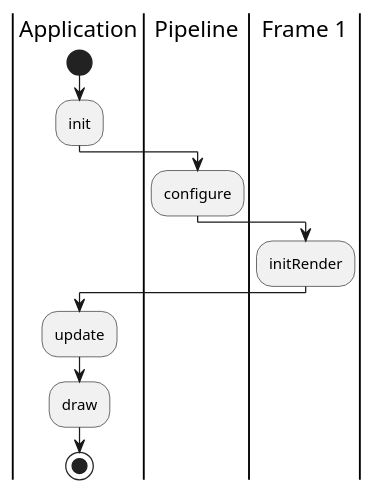
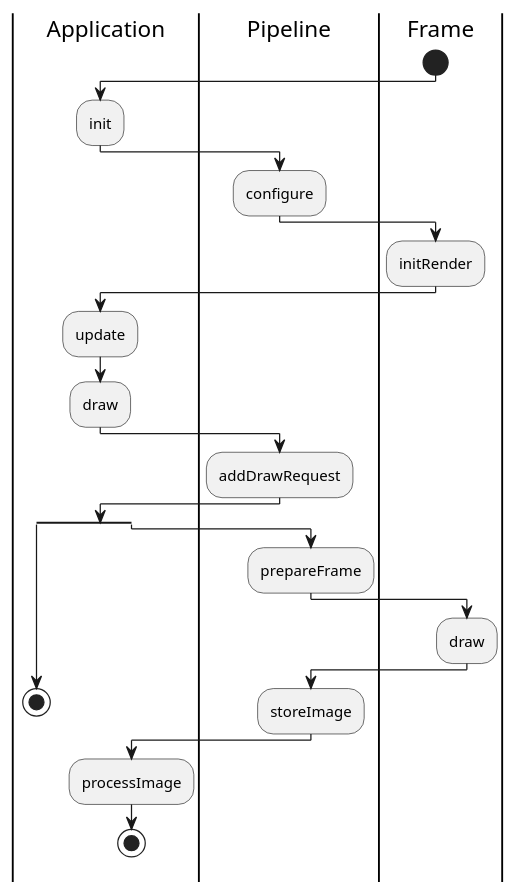
The second of 2 diagrams in README_ARCH.md (ClemensX/ShadedPath12), drawn with PlantUML before and after one commit.

Commit message:
docu update

````diff
--- a/README_ARCH.md
+++ b/README_ARCH.md
@@ -19,15 +19,33 @@
 ```plantuml
 @startuml
 |Application|
+|Pipeline|
+|Frame|
 start
-:init;
-|Pipeline|
-:configure;
-|Frame 1|
-:initRender;
-|Application|
-:update;
-:draw;
-stop
+    |Application|
+    :init;
+    |Pipeline|
+    :configure;
+    |Frame|
+    :initRender;
+    |Application|
+    :update;
+    :draw;
+    |Pipeline|
+    :addDrawRequest;
+    split
+        |Application|
+        stop
+    split again
+        |Pipeline|
+        :prepareFrame;
+        |Frame|
+        :draw;
+        |Pipeline|
+        :storeImage;
+        |Application|
+        :processImage;
+        stop
+    end split
 @enduml
 ```
````
